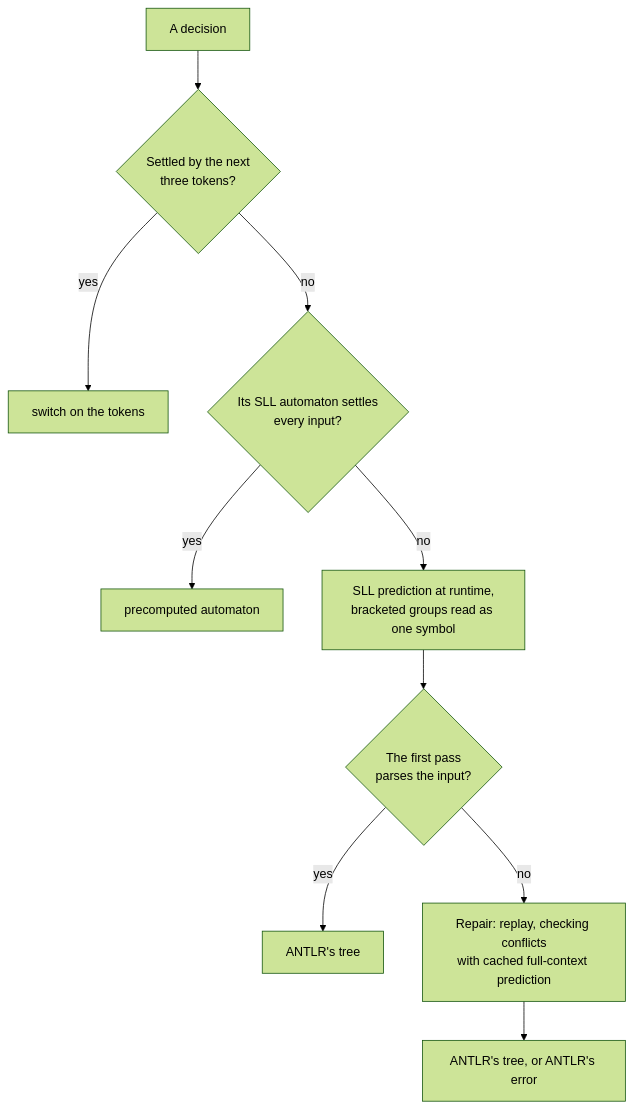
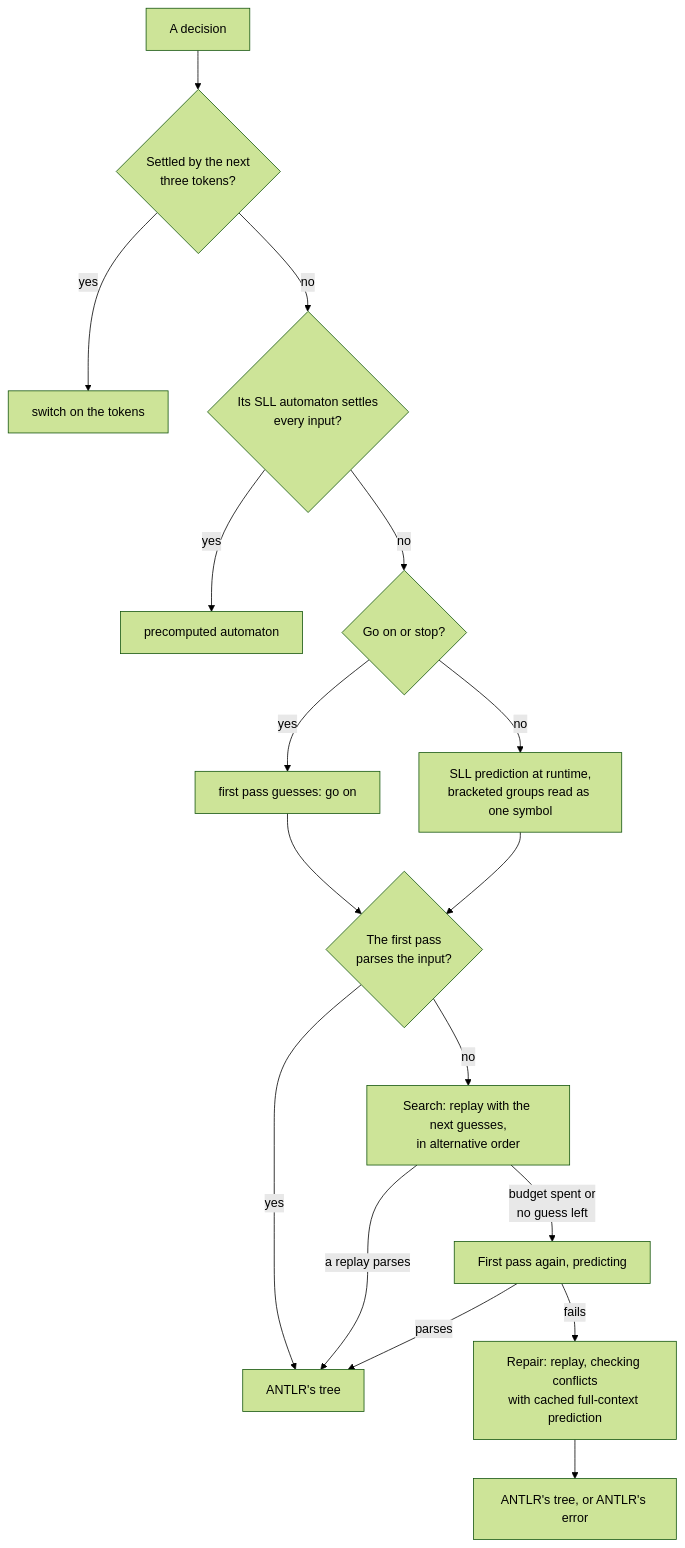
The second of 2 diagrams in docs/DESIGN.md (martianoff/galop), drawn with Mermaid (forest theme) before and after one commit. The commit also changed other lines of this file and 6 other files, not shown here.

````diff
--- a/docs/DESIGN.md
+++ b/docs/DESIGN.md
@@ -149,12 +149,19 @@
 ```mermaid
 flowchart TD
   d["A decision"] --> k{"Settled by the next<br/>three tokens?"}
   k -- yes --> sw["switch on the tokens"]
   k -- no --> a{"Its SLL automaton settles<br/>every input?"}
   a -- yes --> au["precomputed automaton"]
-  a -- no --> p["SLL prediction at runtime,<br/>bracketed groups read as one symbol"]
-  p --> ok{"The first pass<br/>parses the input?"}
+  a -- no --> g{"Go on or stop?"}
+  g -- yes --> gu["first pass guesses: go on"]
+  g -- no --> p["SLL prediction at runtime,<br/>bracketed groups read as one symbol"]
+  gu --> ok{"The first pass<br/>parses the input?"}
+  p --> ok
   ok -- yes --> tree["ANTLR's tree"]
-  ok -- no --> r["Repair: replay, checking conflicts<br/>with cached full-context prediction"]
+  ok -- no --> s["Search: replay with the next guesses,<br/>in alternative order"]
+  s -- "a replay parses" --> tree
+  s -- "budget spent or<br/>no guess left" --> f["First pass again, predicting"]
+  f -- parses --> tree
+  f -- fails --> r["Repair: replay, checking conflicts<br/>with cached full-context prediction"]
   r --> res["ANTLR's tree, or ANTLR's error"]
 ```
````
